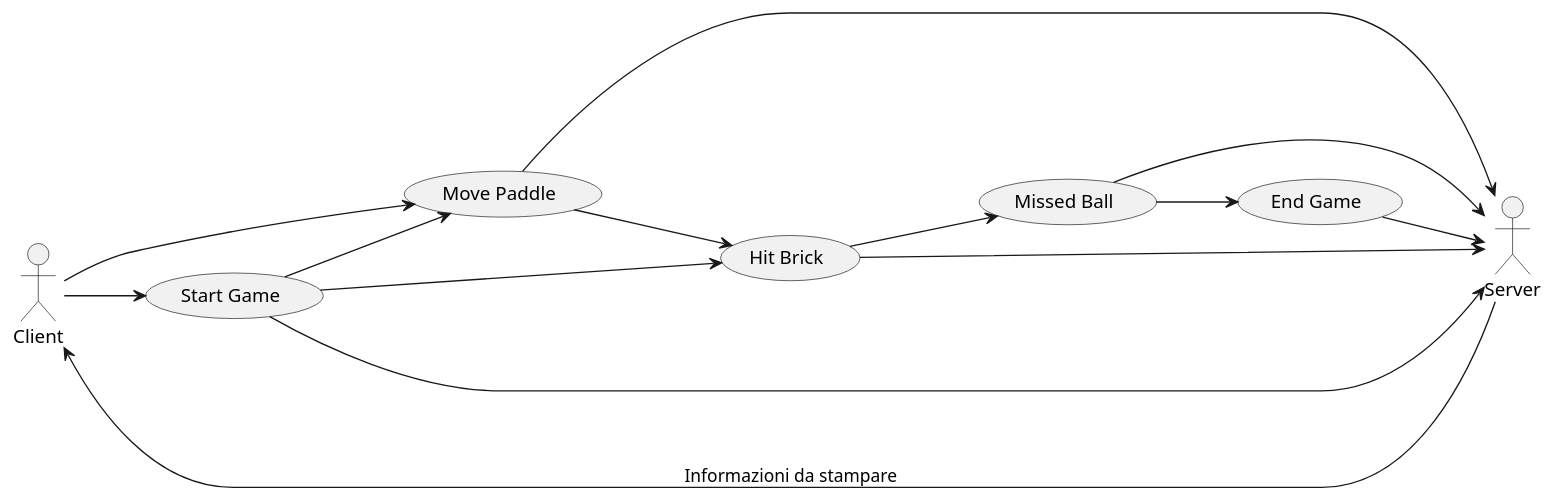
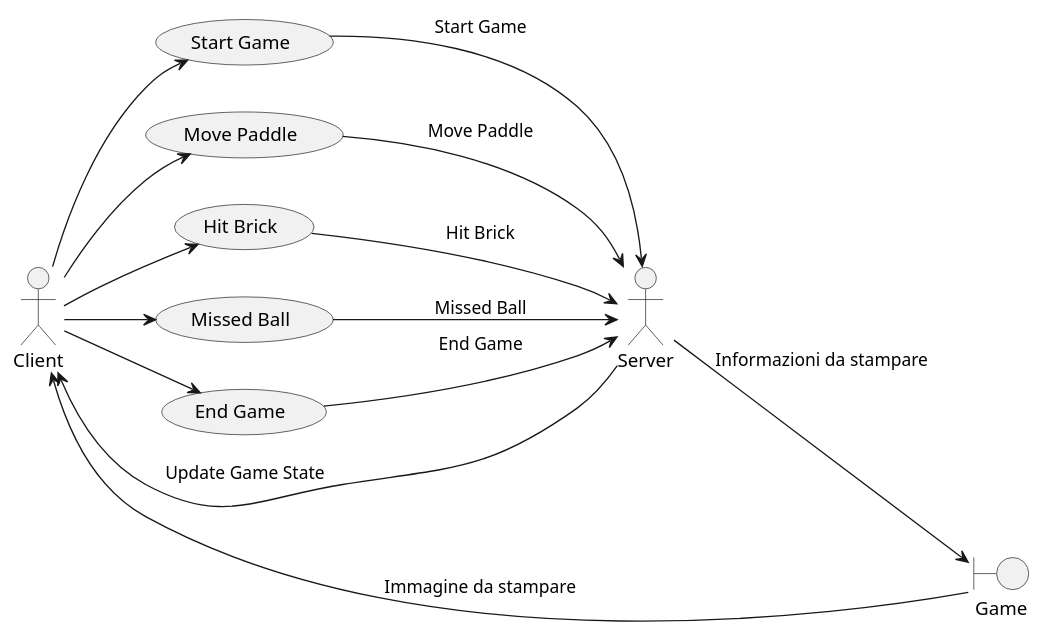
Before and after one commit to GianaEnea/RivalBallTournament: the diagram in RivalBallTournament/Documentazione/useCaseDiagram.puml, drawn with PlantUML. The commit also changed 4 other files, not shown here.

```diff
--- a/RivalBallTournament/Documentazione/useCaseDiagram.puml
+++ b/RivalBallTournament/Documentazione/useCaseDiagram.puml
@@ -1,24 +1,23 @@
-@startuml
 left to right direction
 
 actor Client as "Client"
 actor Server as "Server"
+boundary Game as "Game"
 
 Client --> (Start Game)
+Client --> (Move Paddle)
+Client --> (Hit Brick)
+Client --> (Missed Ball)
+Client --> (End Game)
 
-Client --> (Move Paddle)
+(Start Game) --> Server: Start Game
+(Move Paddle) --> Server: Move Paddle
+(Hit Brick) --> Server: Hit Brick
+(Missed Ball) --> Server: Missed Ball
+(End Game) --> Server: End Game
 
-(Start Game) --> Server
-(Move Paddle) --> Server
-(Hit Brick) --> Server
-(Missed Ball) --> Server
-(End Game) --> Server
-
-(Start Game) --> (Move Paddle)
-(Start Game) --> (Hit Brick)
-(Move Paddle) --> (Hit Brick)
-(Hit Brick) --> (Missed Ball)
-(Missed Ball) --> (End Game)
-(Server) --> (Client): Informazioni da stampare
+(Server) --> (Game): Informazioni da stampare
+(Game) --> (Client): Immagine da stampare
+(Server) --> (Client): Update Game State
 
 @enduml
```
